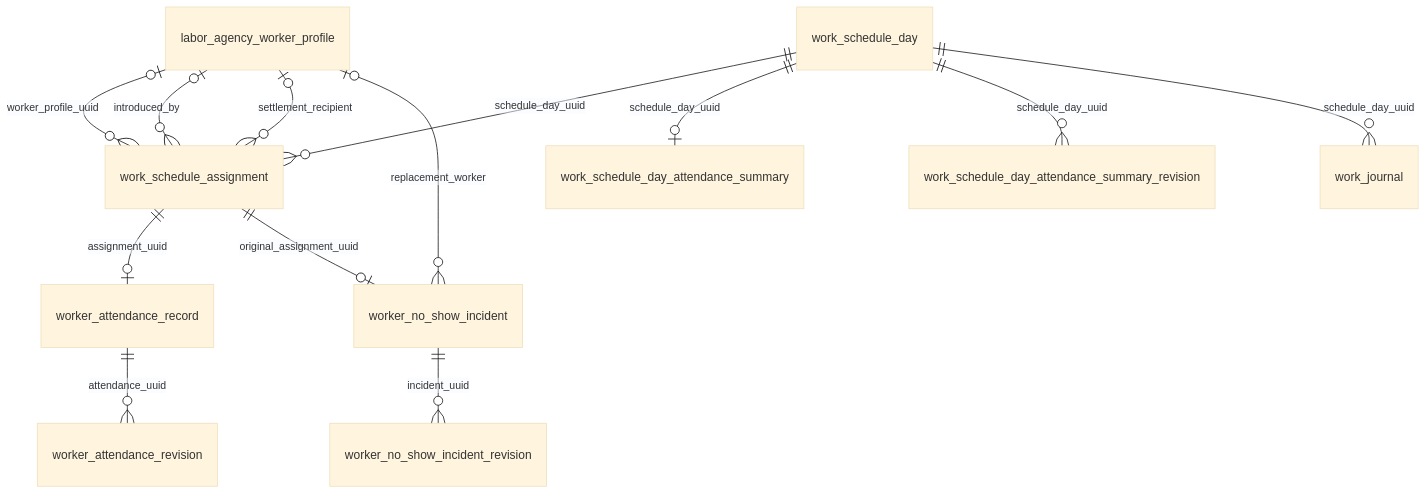
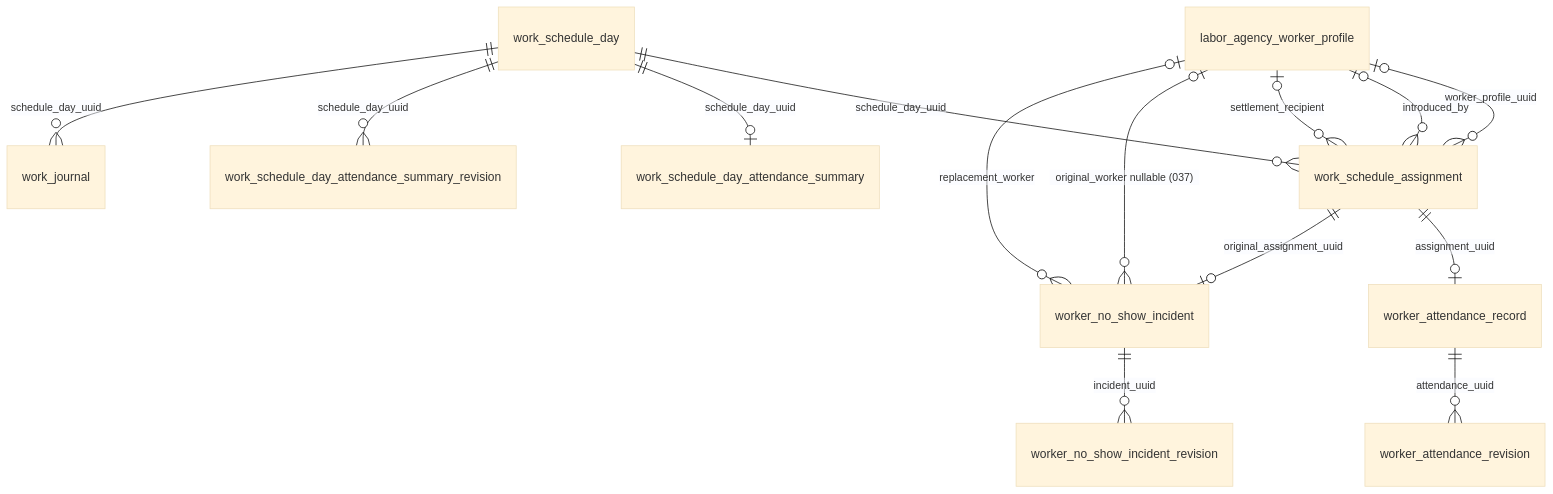
The third of 5 diagrams in docs/database/relationships-and-flows.md (LunaMercury/LaborFlow), drawn with Mermaid (base theme) before and after one commit. The commit also changed other lines of this file and 87 other files, not shown here.

````diff
--- a/docs/database/relationships-and-flows.md
+++ b/docs/database/relationships-and-flows.md
@@ -56,15 +56,16 @@
 ```mermaid
 erDiagram
     work_schedule_day ||--o{ work_schedule_assignment : "schedule_day_uuid"
     labor_agency_worker_profile o|--o{ work_schedule_assignment : "worker_profile_uuid"
     labor_agency_worker_profile o|--o{ work_schedule_assignment : "introduced_by"
     labor_agency_worker_profile o|--o{ work_schedule_assignment : "settlement_recipient"
     work_schedule_assignment ||--o| worker_attendance_record : "assignment_uuid"
     worker_attendance_record ||--o{ worker_attendance_revision : "attendance_uuid"
     work_schedule_day ||--o| work_schedule_day_attendance_summary : "schedule_day_uuid"
     work_schedule_day ||--o{ work_schedule_day_attendance_summary_revision : "schedule_day_uuid"
     work_schedule_day ||--o{ work_journal : "schedule_day_uuid"
     work_schedule_assignment ||--o| worker_no_show_incident : "original_assignment_uuid"
     worker_no_show_incident ||--o{ worker_no_show_incident_revision : "incident_uuid"
+    labor_agency_worker_profile o|--o{ worker_no_show_incident : "original_worker nullable (037)"
     labor_agency_worker_profile o|--o{ worker_no_show_incident : "replacement_worker"
 ```
````
